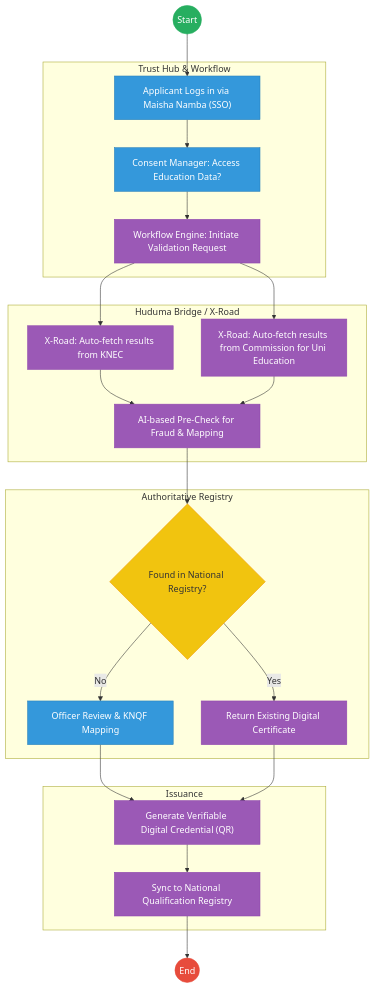
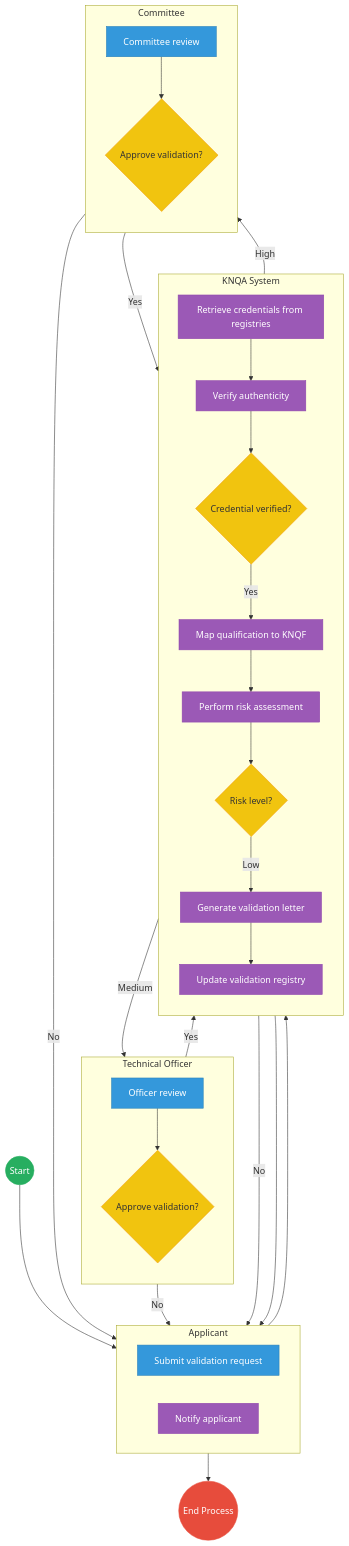
Before and after one commit to BITZ-IT-Consulting-LTD/ictapoc: the second of 2 diagrams in mdas/docs_final/priority_mdas/Kenya_National_Qualifications_Authority___Service_Delivery.md, drawn with Mermaid. The commit also changed other lines of this file and 109 other files, not shown here.

````diff
--- a/mdas/docs_final/priority_mdas/Kenya_National_Qualifications_Authority___Service_Delivery.md
+++ b/mdas/docs_final/priority_mdas/Kenya_National_Qualifications_Authority___Service_Delivery.md
@@ -119,41 +119,76 @@
 ```mermaid
-graph TD
-    Start((Start)) --> Portal["Applicant Logs in via Maisha Namba (SSO)"]
+flowchart TD
+    %% Events
+    Start((Start))
+    EndProcess((End Process))
+
+    subgraph Applicant [Applicant]
+        direction LR
+        SubmitReq[Submit validation request]
+        NotifyApp[Notify applicant]
+    end
+
+    subgraph KNQASystem [KNQA System]
+        direction TB
+        RetrieveCreds[Retrieve credentials from registries]
+        VerifyAuth[Verify authenticity]
+        AuthGateway{Credential verified?}
+        MapKNQF[Map qualification to KNQF]
+        RiskAssess[Perform risk assessment]
+        RiskGateway{Risk level?}
+        GenLetter[Generate validation letter]
+        UpdateReg[Update validation registry]
+    end
+
+    subgraph TechnicalOfficer [Technical Officer]
+        direction TB
+        OfficerReview[Officer review]
+        OfficerDecisionGateway{Approve validation?}
+    end
+
+    subgraph Committee [Committee]
+        direction TB
+        CommReview[Committee review]
+        CommDecisionGateway{Approve validation?}
+    end
+
+    %% Flow connections
+    Start --> SubmitReq
+    SubmitReq --> RetrieveCreds
+    RetrieveCreds --> VerifyAuth
+    VerifyAuth --> AuthGateway
     
-    subgraph Layer2 [Trust Hub & Workflow]
-        Portal --> Consent["Consent Manager: Access Education Data?"]
-        Consent --> Task["Workflow Engine: Initiate Validation Request"]
-    end
+    AuthGateway -- "No" --> NotifyApp
+    AuthGateway -- "Yes" --> MapKNQF
+    MapKNQF --> RiskAssess
+    RiskAssess --> RiskGateway
     
-    subgraph Layer3 [Huduma Bridge / X-Road]
-        Task --> QueryKNEC["X-Road: Auto-fetch results from KNEC"]
-        Task --> QueryUni["X-Road: Auto-fetch results from Commission for Uni Education"]
-        QueryKNEC --> PreCheck["AI-based Pre-Check for Fraud & Mapping"]
-        QueryUni --> PreCheck
-    end
+    RiskGateway -- "Low" --> GenLetter
+    RiskGateway -- "Medium" --> OfficerReview
+    RiskGateway -- "High" --> CommReview
     
-    subgraph Layer4 [Authoritative Registry]
-        PreCheck --> RegCheck{"Found in National Registry?"}
-        RegCheck -- "Yes" --> Return["Return Existing Digital Certificate"]
-        RegCheck -- "No" --> Comm["Officer Review & KNQF Mapping"]
-    end
+    OfficerReview --> OfficerDecisionGateway
+    OfficerDecisionGateway -- "Yes" --> GenLetter
+    OfficerDecisionGateway -- "No" --> NotifyApp
     
-    subgraph Output [Issuance]
-        Comm --> OutputGen["Generate Verifiable Digital Credential (QR)"]
-        Return --> OutputGen
-        OutputGen --> Sync["Sync to National Qualification Registry"]
-    end
+    CommReview --> CommDecisionGateway
+    CommDecisionGateway -- "Yes" --> GenLetter
+    CommDecisionGateway -- "No" --> NotifyApp
     
-    Sync --> End((End))
+    GenLetter --> UpdateReg
+    UpdateReg --> NotifyApp
+    NotifyApp --> EndProcess
 
-    classDef start fill:#27ae60,stroke:#27ae60,color:#fff;
-    classDef endNode fill:#e74c3c,stroke:#e74c3c,color:#fff;
+    %% Styling
+    classDef startEvent fill:#27ae60,stroke:#27ae60,color:#fff;
+    classDef endEvent fill:#e74c3c,stroke:#e74c3c,color:#fff;
     classDef userTask fill:#3498db,stroke:#2980b9,color:#fff;
     classDef serviceTask fill:#9b59b6,stroke:#8e44ad,color:#fff;
     classDef gateway fill:#f1c40f,stroke:#f39c12,color:#333;
-    class Start start;
-    class End endNode;
-    class RegCheck gateway;
-    class Portal,Consent,Comm userTask;
-    class Task,QueryKNEC,QueryUni,PreCheck,Return,OutputGen,Sync serviceTask;
+    
+    class Start startEvent;
+    class EndProcess endEvent;
+    class AuthGateway,RiskGateway,OfficerDecisionGateway,CommDecisionGateway gateway;
+    class RetrieveCreds,VerifyAuth,MapKNQF,RiskAssess,GenLetter,UpdateReg,NotifyApp serviceTask;
+    class SubmitReq,OfficerReview,CommReview userTask;
 ```
````
